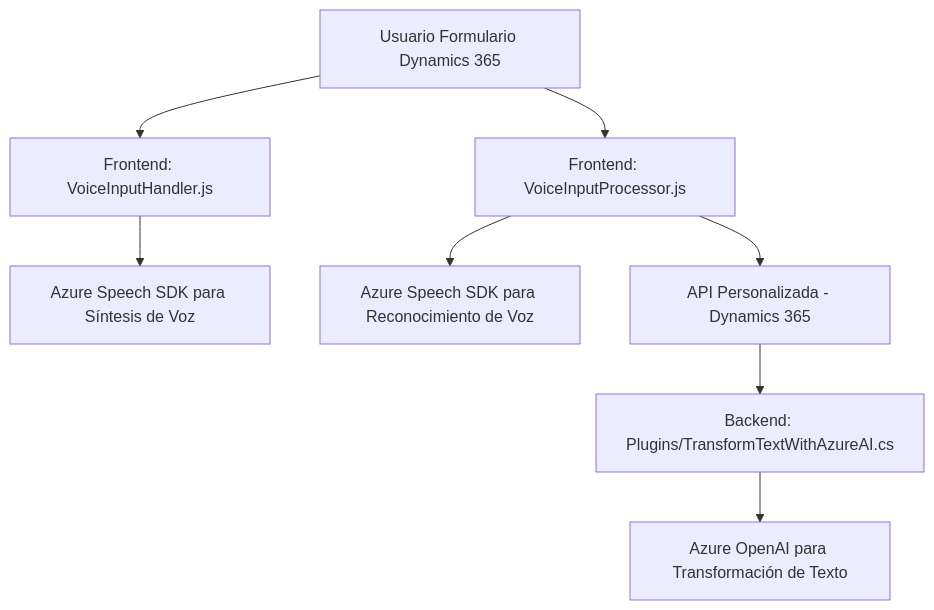
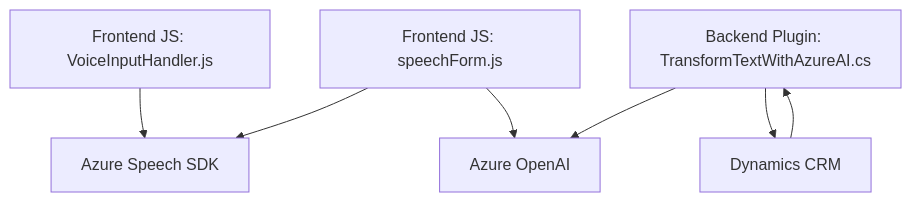
Before and after one commit to blopezdm/NETCORE_BILBAO2025: the diagram in README.md, drawn with Mermaid. The commit also changed other lines of this file, not shown here.

````diff
--- a/README.md
+++ b/README.md
@@ -35,10 +34,16 @@
 ```mermaid
 graph TD
-    A["Usuario Formulario Dynamics 365"] --> B["Frontend: VoiceInputHandler.js"]
-    A --> C["Frontend: VoiceInputProcessor.js"]
-    B --> D["Azure Speech SDK para Síntesis de Voz"]
-    C --> E["Azure Speech SDK para Reconocimiento de Voz"]
-    C --> F["API Personalizada - Dynamics 365"]
-    F --> G["Backend: Plugins/TransformTextWithAzureAI.cs"]
-    G --> H["Azure OpenAI para Transformación de Texto"]
+    A["Frontend JS: VoiceInputHandler.js"]
+    B["Frontend JS: speechForm.js"]
+    C["Backend Plugin: TransformTextWithAzureAI.cs"]
+    D["Azure Speech SDK"]
+    E["Azure OpenAI"]
+    F["Dynamics CRM"]
+
+    A --> D
+    B --> D
+    B --> E
+    C --> F
+    C --> E
+    F --> C
 ```
````
